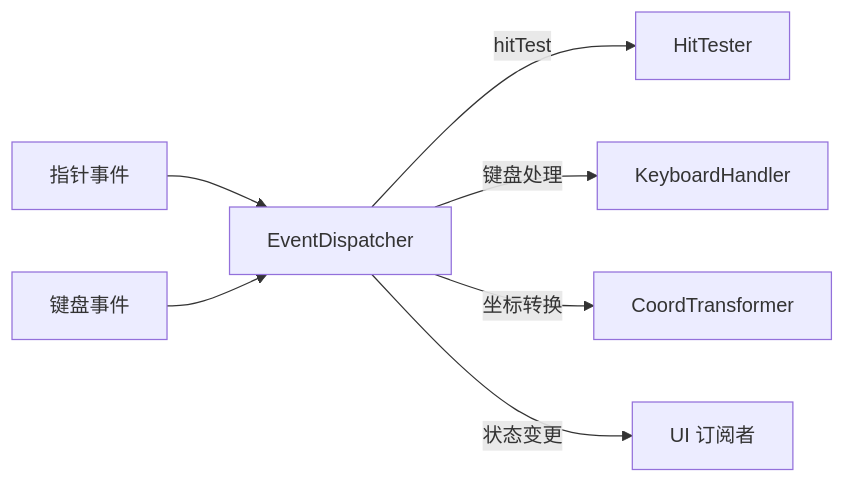
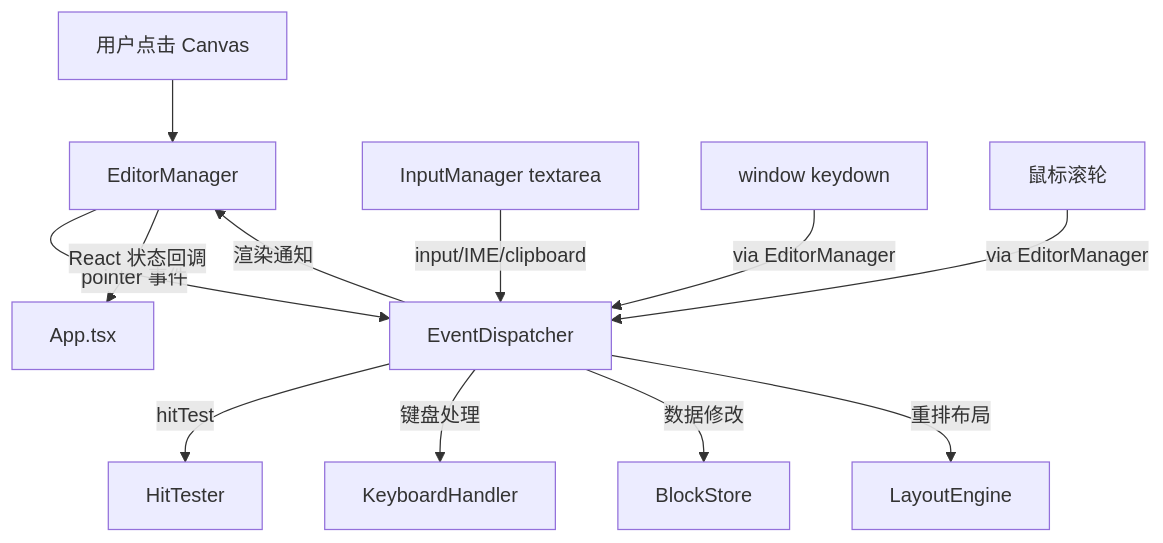
Before and after one commit to symant233/canvas-markdown-editor: the fifth of 5 diagrams in README.md, drawn with Mermaid. The commit also changed other lines of this file and 5 other files, not shown here.

First line of the commit message:
refactor: extract EditorManager as central canvas management class

````diff
--- a/README.md
+++ b/README.md
@@ -269,9 +302,14 @@
 ```mermaid
-flowchart LR
-  PointerEvent["指针事件"] --> ED["EventDispatcher"]
-  KeyboardEvent["键盘事件"] --> ED
-  ED --> |"hitTest"| HT["HitTester"]
-  ED --> |"键盘处理"| KH["KeyboardHandler"]
-  ED --> |"坐标转换"| CT["CoordTransformer"]
-  ED --> |"状态变更"| Listeners["UI 订阅者"]
+flowchart TD
+  Click["用户点击 Canvas"] --> EM["EditorManager"]
+  EM -->|"pointer 事件"| ED["EventDispatcher"]
+  InputMgr["InputManager textarea"] -->|"input/IME/clipboard"| ED
+  WindowKey["window keydown"] -->|"via EditorManager"| ED
+  Wheel["鼠标滚轮"] -->|"via EditorManager"| ED
+  ED -->|"hitTest"| HT["HitTester"]
+  ED -->|"键盘处理"| KH["KeyboardHandler"]
+  ED -->|"数据修改"| BS["BlockStore"]
+  ED -->|"重排布局"| LE["LayoutEngine"]
+  ED -->|"渲染通知"| EM
+  EM -->|"React 状态回调"| App["App.tsx"]
 ```
````
